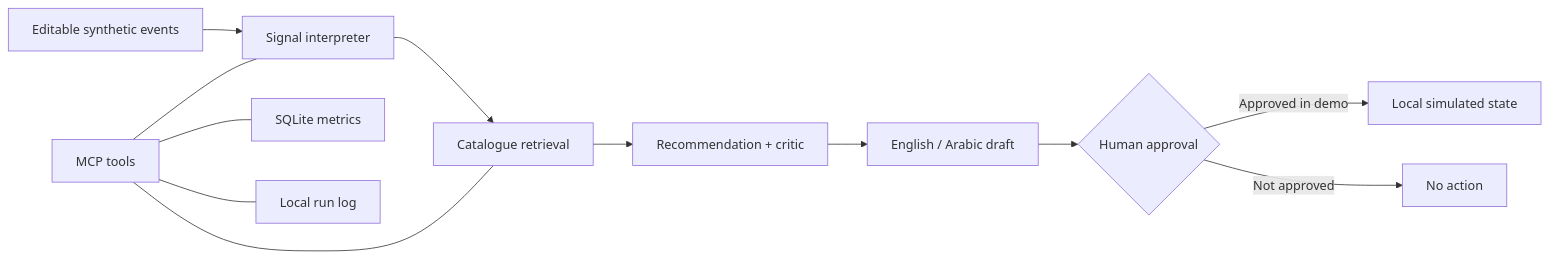
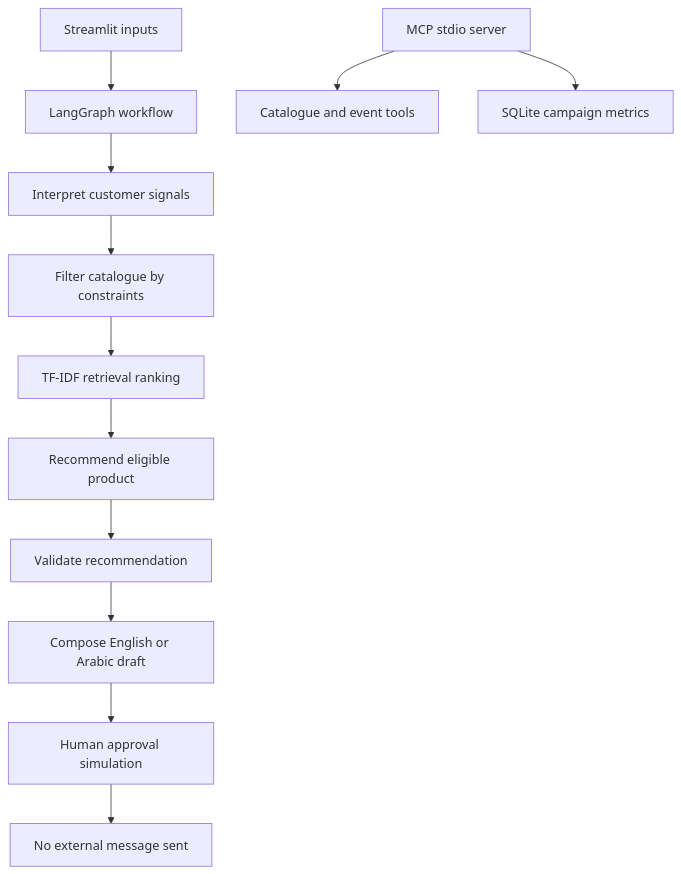
Before and after one commit to MohdSiddiq12/Gift-Sense: the diagram in README.md, drawn with Mermaid. The commit also changed other lines of this file, not shown here.

````diff
--- a/README.md
+++ b/README.md
@@ -55,14 +27,14 @@
 ```mermaid
-flowchart LR
-    A[Editable synthetic events] --> B[Signal interpreter]
-    B --> C[Catalogue retrieval]
-    C --> D[Recommendation + critic]
-    D --> E[English / Arabic draft]
-    E --> F{Human approval}
-    F -->|Approved in demo| G[Local simulated state]
-    F -->|Not approved| H[No action]
-    I[MCP tools] --- B
-    I --- C
-    I --- J[SQLite metrics]
-    I --- K[Local run log]
+flowchart TD
+    A[Streamlit inputs] --> B[LangGraph workflow]
+    B --> C[Interpret customer signals]
+    C --> D[Filter catalogue by constraints]
+    D --> E[TF-IDF retrieval ranking]
+    E --> F[Recommend eligible product]
+    F --> G[Validate recommendation]
+    G --> H[Compose English or Arabic draft]
+    H --> I[Human approval simulation]
+    I --> J[No external message sent]
+    K[MCP stdio server] --> L[Catalogue and event tools]
+    K --> M[SQLite campaign metrics]
 ```
````
